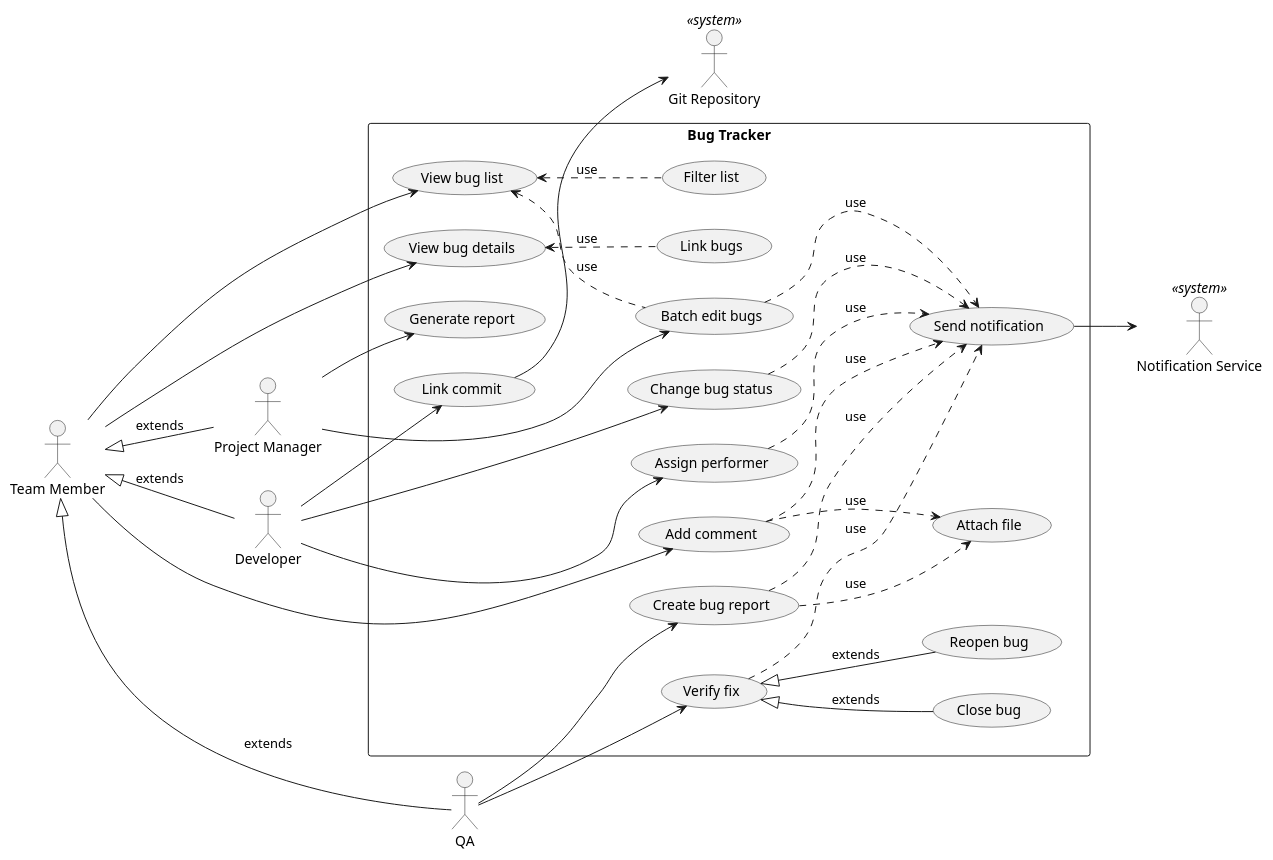
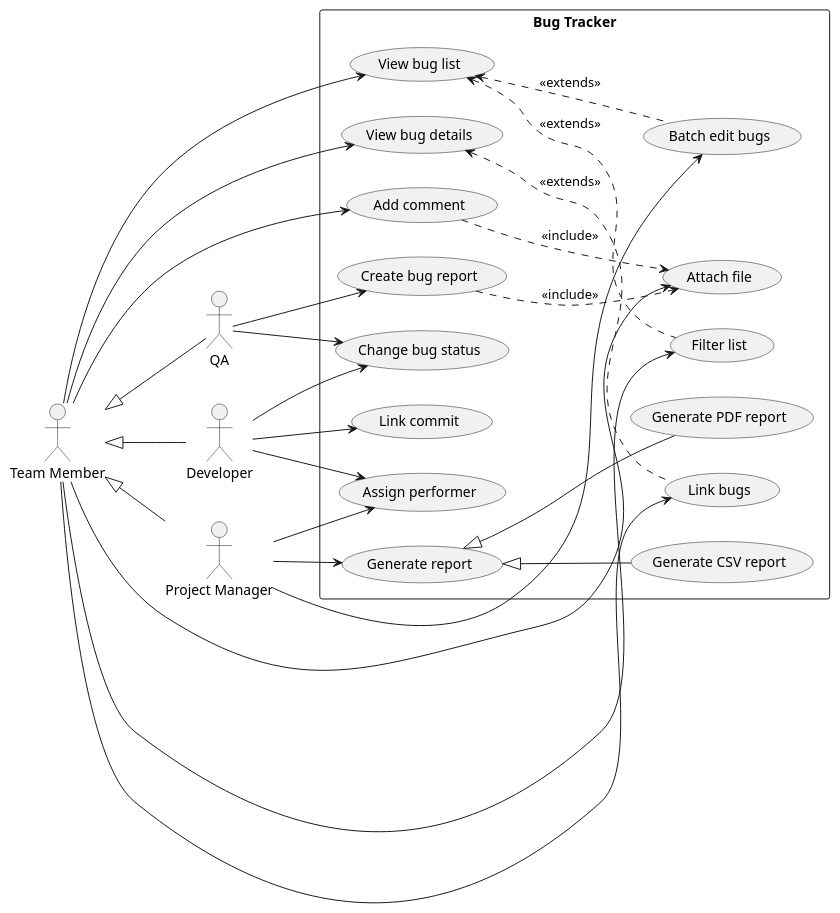
Before and after one commit to Pasha-Makarenko/KPI: the diagram in labs/lab2/diagram.puml, drawn with PlantUML. The commit also changed 2 other files, not shown here.

```diff
--- a/labs/lab2/diagram.puml
+++ b/labs/lab2/diagram.puml
@@ -1,64 +1,57 @@
 @startuml
 left to right direction
 
 actor "Team Member" as TeamMember
 actor "QA" as QA
 actor "Developer" as Dev
 actor "Project Manager" as PM
-actor "Notification Service" as NotifService <<system>>
-actor "Git Repository" as GitRepo <<system>>
 
-TeamMember <|-- QA : extends
-TeamMember <|-- Dev : extends
-TeamMember <|-- PM : extends
+TeamMember <|-- QA
+TeamMember <|-- Dev
+TeamMember <|-- PM
 
 rectangle "Bug Tracker" {
   usecase UC_ViewList as "View bug list"
   usecase UC_ViewDetails as "View bug details"
   usecase UC_AddComment as "Add comment"
   usecase UC_CreateBug as "Create bug report"
   usecase UC_ChangeStatus as "Change bug status"
   usecase UC_AssignBug as "Assign performer"
   usecase UC_LinkCommit as "Link commit"
   usecase UC_GenReport as "Generate report"
-  usecase UC_Notify as "Send notification"
   usecase UC_AttachFile as "Attach file"
   usecase UC_FilterList as "Filter list"
   usecase UC_BatchEdit as "Batch edit bugs"
   usecase UC_LinkBugs as "Link bugs"
-  usecase UC_VerifyFix as "Verify fix"
-  usecase UC_CloseBug as "Close bug"
-  usecase UC_ReopenBug as "Reopen bug"
+  usecase UC_GenPDF as "Generate PDF report"
+  usecase UC_GenCSV as "Generate CSV report"
 
   TeamMember --> UC_ViewList
   TeamMember --> UC_ViewDetails
   TeamMember --> UC_AddComment
+  TeamMember --> UC_AttachFile
+  TeamMember --> UC_LinkBugs
+  TeamMember --> UC_FilterList
 
   QA --> UC_CreateBug
-  QA --> UC_VerifyFix
+  QA --> UC_ChangeStatus
 
   Dev --> UC_ChangeStatus
   Dev --> UC_AssignBug
   Dev --> UC_LinkCommit
 
   PM --> UC_GenReport
   PM --> UC_BatchEdit
+  PM --> UC_AssignBug
 
-  UC_LinkCommit --> GitRepo
-  UC_Notify --> NotifService
+  UC_GenReport <|-- UC_GenPDF
+  UC_GenReport <|-- UC_GenCSV
 
-  UC_VerifyFix <|-- UC_CloseBug : extends
-  UC_VerifyFix <|-- UC_ReopenBug : extends
-  UC_CreateBug ..> UC_Notify : use
-  UC_ChangeStatus ..> UC_Notify : use
-  UC_AddComment ..> UC_Notify : use
-  UC_AssignBug ..> UC_Notify : use
-  UC_VerifyFix ..> UC_Notify : use
-  UC_BatchEdit ..> UC_Notify : use
-  UC_CreateBug ..> UC_AttachFile : use
-  UC_AddComment ..> UC_AttachFile : use
-  UC_ViewDetails <.. UC_LinkBugs : use
-  UC_ViewList <.. UC_FilterList : use
-  UC_ViewList <.. UC_BatchEdit : use
+  UC_ViewList <.. UC_FilterList : <<extends>>
+  UC_ViewList <.. UC_BatchEdit : <<extends>>
+  UC_ViewDetails <.. UC_LinkBugs : <<extends>>
+
+  UC_CreateBug ..> UC_AttachFile : <<include>>
+  UC_AddComment ..> UC_AttachFile : <<include>>
 }
 @enduml
```
